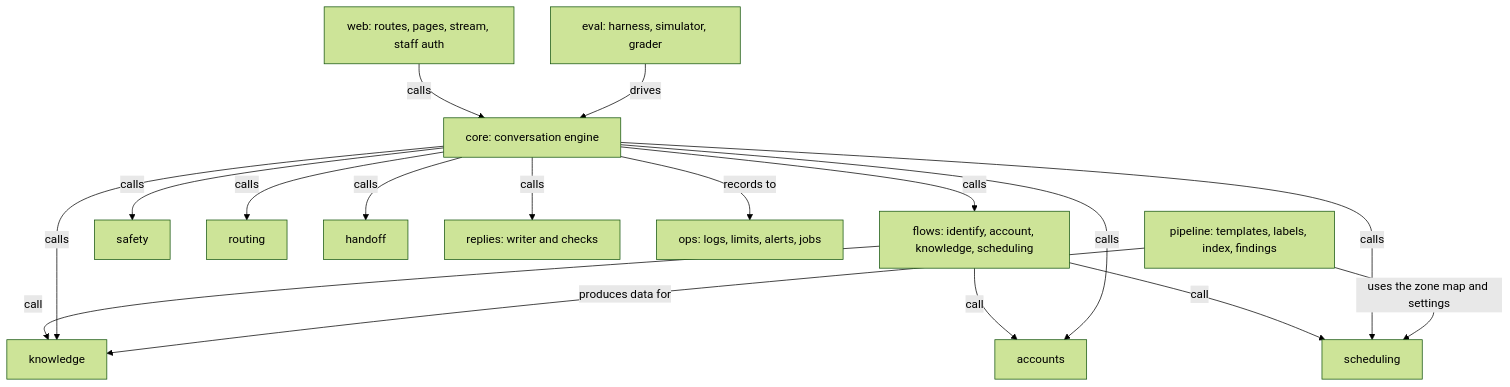
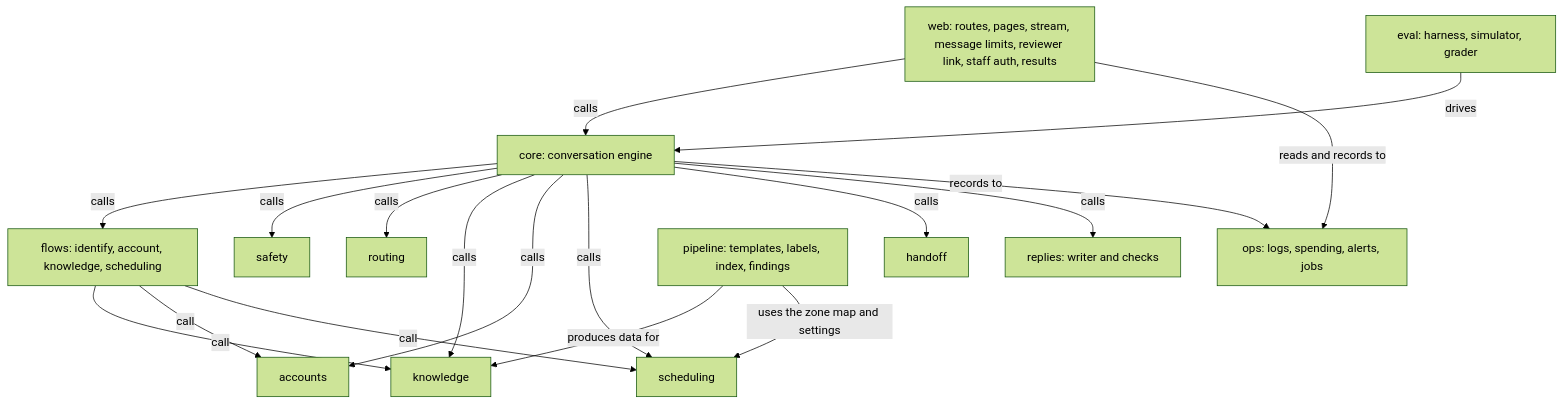
Diagram 21 of 21 in docs/ARCHITECTURE.md (lucycchi/AI_Call_Center_Agent), drawn with Mermaid (forest theme) before and after one commit. The commit also changed other lines of this file and 8 other files, not shown here.

First line of the commit message:
fix(live): a used-up network block sends another visitor's emergency to the merged ticket; IPv4-mapped addresses count by their IPv4 block; the overflow ticket is retried and capped; architecture document and stale lines brought up to date

````diff
--- a/docs/ARCHITECTURE.md
+++ b/docs/ARCHITECTURE.md
@@ -698,19 +747,20 @@
 ```mermaid
 flowchart TB
-    WEB["web: routes, pages, stream, staff auth"] -->|"calls"| CORE["core: conversation engine"]
+    WEB["web: routes, pages, stream, message limits, reviewer link, staff auth, results"] -->|"calls"| CORE["core: conversation engine"]
     CORE -->|"calls"| FLOWS["flows: identify, account, knowledge, scheduling"]
     FLOWS -->|"call"| KNOW
     FLOWS -->|"call"| ACCT
     FLOWS -->|"call"| SCHED
     CORE -->|"calls"| SAFE["safety"]
     CORE -->|"calls"| ROUTE["routing"]
     CORE -->|"calls"| KNOW["knowledge"]
     CORE -->|"calls"| ACCT["accounts"]
     CORE -->|"calls"| SCHED["scheduling"]
     CORE -->|"calls"| HAND["handoff"]
     CORE -->|"calls"| REPLY["replies: writer and checks"]
-    CORE -->|"records to"| OPS["ops: logs, limits, alerts, jobs"]
+    CORE -->|"records to"| OPS["ops: logs, spending, alerts, jobs"]
+    WEB -->|"reads and records to"| OPS
     EVAL["eval: harness, simulator, grader"] -->|"drives"| CORE
     PIPE["pipeline: templates, labels, index, findings"] -->|"produces data for"| KNOW
     PIPE -->|"uses the zone map and settings"| SCHED
 ```
````
